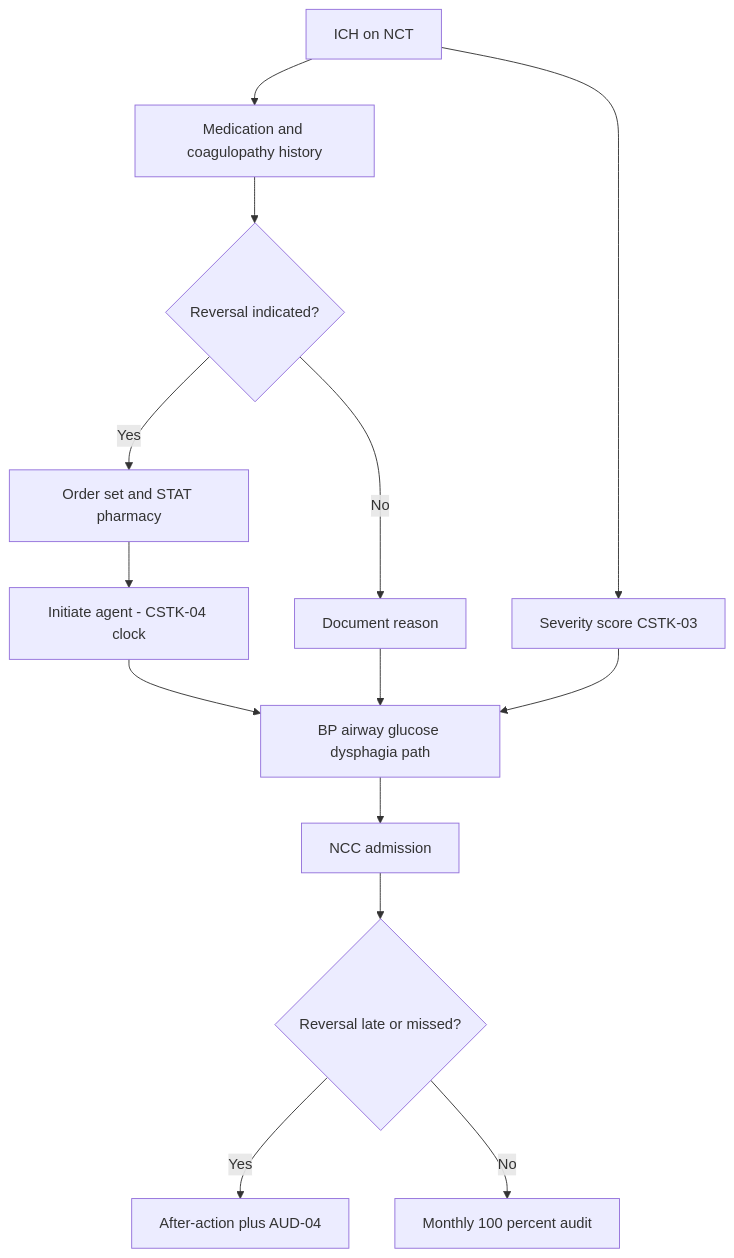
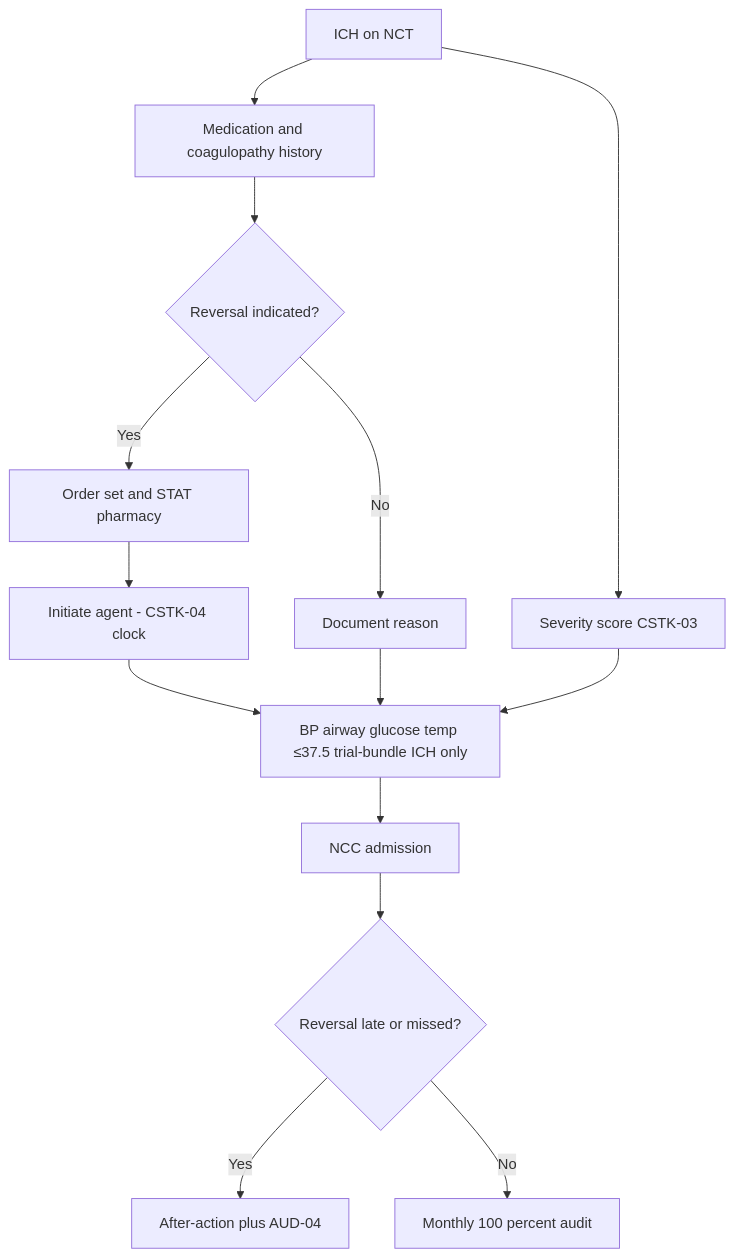
Before and after one commit to rkalani1/CSC: the third of 5 diagrams in docs/playbooks/41-audits-pdsa-roadmaps.md, drawn with Mermaid. The commit also changed other lines of this file and 62 other files, not shown here.

````diff
--- a/docs/playbooks/41-audits-pdsa-roadmaps.md
+++ b/docs/playbooks/41-audits-pdsa-roadmaps.md
@@ -364,16 +365,16 @@
 ```mermaid
 flowchart TD
     A[ICH on NCT] --> B[Severity score CSTK-03]
     A --> C[Medication and coagulopathy history]
     C --> D{Reversal indicated?}
     D -->|Yes| E[Order set and STAT pharmacy]
     E --> F[Initiate agent - CSTK-04 clock]
     D -->|No| G[Document reason]
-    F --> H[BP airway glucose dysphagia path]
+    F --> H[BP airway glucose temp ≤37.5 trial-bundle ICH only]
     G --> H
     B --> H
     H --> I[NCC admission]
     I --> J{Reversal late or missed?}
     J -->|Yes| K[After-action plus AUD-04]
     J -->|No| L[Monthly 100 percent audit]
 ```
````
